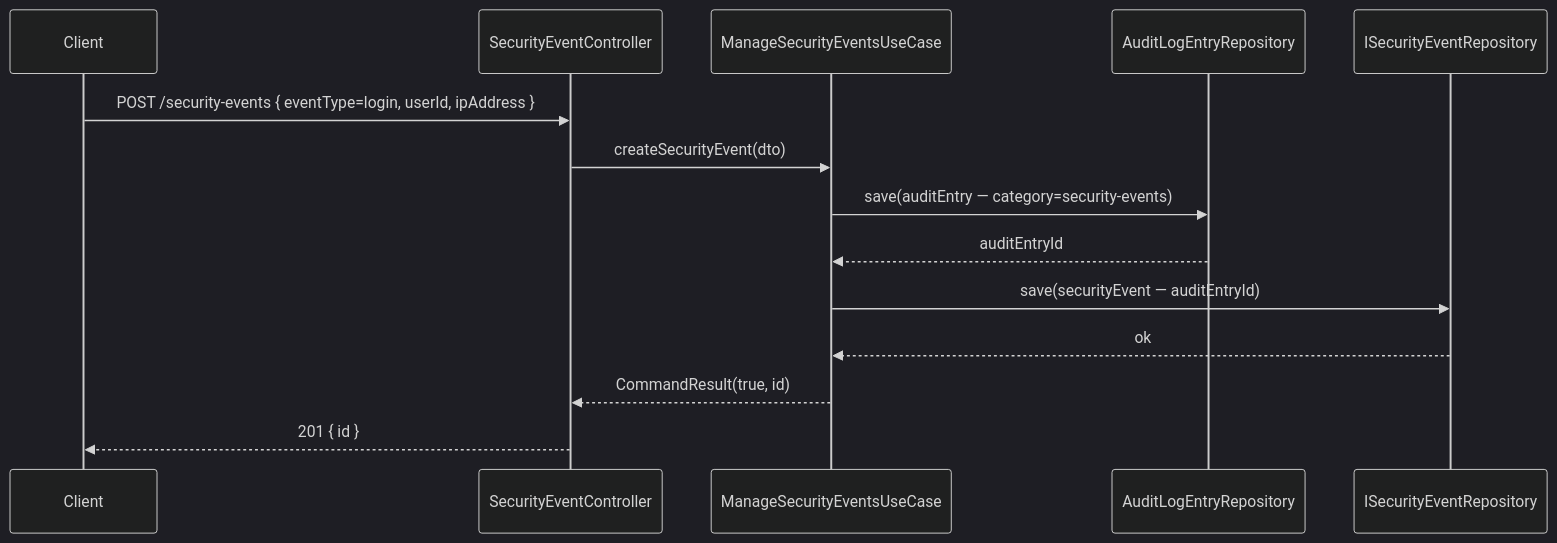
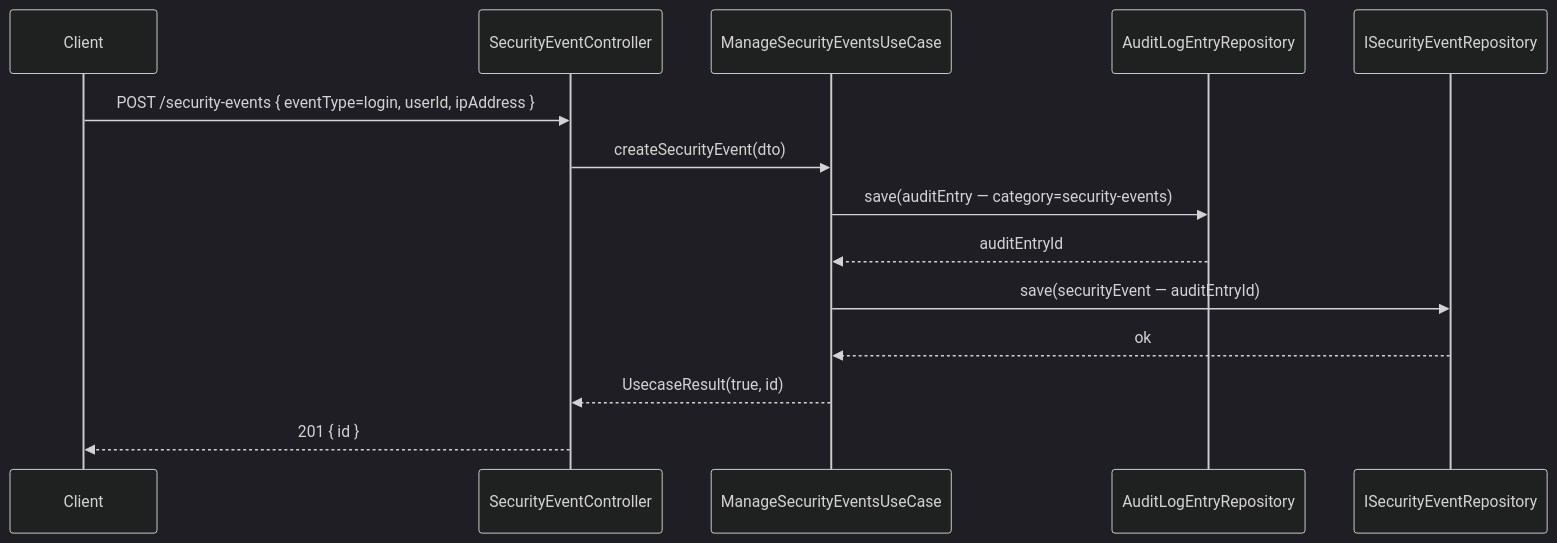
The third of 4 diagrams in auditlog/UML.md (UIMSolutions/uim-platform), drawn with Mermaid (dark theme) before and after one commit. The commit also changed other lines of this file and 907 other files, not shown here.

Commit message:
Rename CommandResult

````diff
--- a/auditlog/UML.md
+++ b/auditlog/UML.md
@@ -152,17 +152,17 @@
 ```mermaid
 sequenceDiagram
     participant Client
     participant SEC as SecurityEventController
     participant SUC as ManageSecurityEventsUseCase
     participant AR as AuditLogEntryRepository
     participant SR as ISecurityEventRepository
 
     Client->>SEC: POST /security-events { eventType=login, userId, ipAddress }
     SEC->>SUC: createSecurityEvent(dto)
     SUC->>AR: save(auditEntry — category=security-events)
     AR-->>SUC: auditEntryId
     SUC->>SR: save(securityEvent — auditEntryId)
     SR-->>SUC: ok
-    SUC-->>SEC: CommandResult(true, id)
+    SUC-->>SEC: UsecaseResult(true, id)
     SEC-->>Client: 201 { id }
 ```
````
